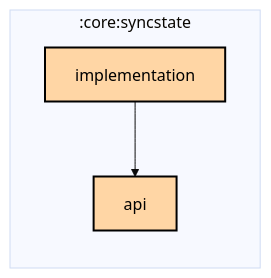
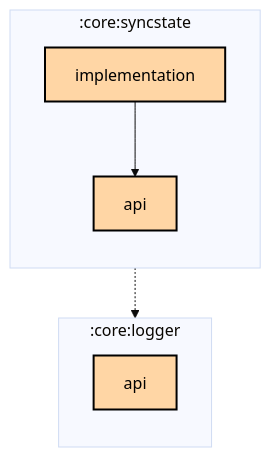
Before and after one commit to thomaskioko/tv-maniac: the first of 2 diagrams in core/syncstate/implementation/README.md, drawn with Mermaid (base theme). The commit also changed 3 other files, not shown here.

Commit message:
Update the generated module graphs

````diff
--- a/core/syncstate/implementation/README.md
+++ b/core/syncstate/implementation/README.md
@@ -6,16 +6,21 @@
 ```mermaid
 graph TB
+  subgraph :core:logger
+    direction TB
+    :core:logger:api[api]:::multiplatform
+  end
   subgraph :core:syncstate
     direction TB
     :core:syncstate:api[api]:::multiplatform
     :core:syncstate:implementation[implementation]:::multiplatform
   end
 
+  :core:syncstate:implementation -.-> :core:logger:api
   :core:syncstate:implementation --> :core:syncstate:api
 
 classDef application fill:#CAFFBF,stroke:#000,stroke-width:2px,color:#000;
 classDef multiplatform fill:#FFD6A5,stroke:#000,stroke-width:2px,color:#000;
 classDef android-library fill:#9BF6FF,stroke:#000,stroke-width:2px,color:#000;
 classDef jvm-library fill:#BDB2FF,stroke:#000,stroke-width:2px,color:#000;
 classDef unknown fill:#FFADAD,stroke:#000,stroke-width:2px,color:#000;
 ```
````
